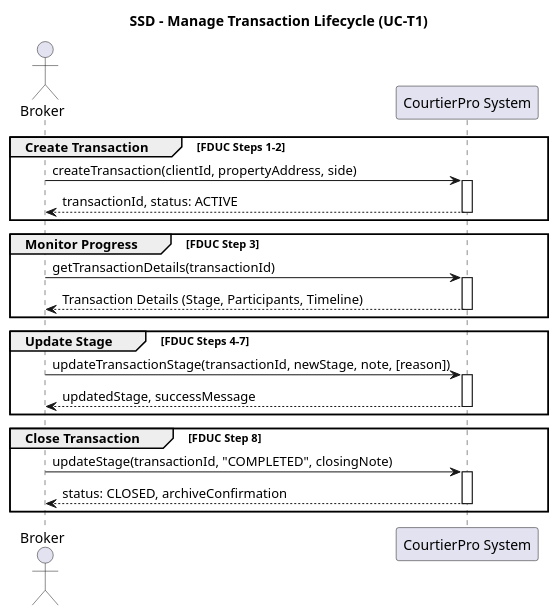
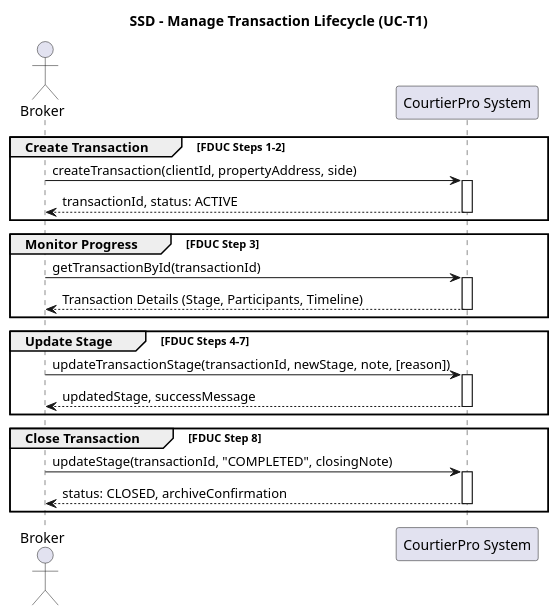
Before and after one commit to CourtierPro/CourtierPro: the diagram in docs/PersonalUseCase/Amir/SSD_ManageTransaction.puml, drawn with PlantUML. The commit also changed 7 other files, not shown here.

Commit message:
Update C4 and DDD diagrams and verify personal use cases

```diff
--- a/docs/PersonalUseCase/Amir/SSD_ManageTransaction.puml
+++ b/docs/PersonalUseCase/Amir/SSD_ManageTransaction.puml
@@ -1,33 +1,33 @@
 @startuml
 title SSD - Manage Transaction Lifecycle (UC-T1)
 actor Broker
 participant "CourtierPro System" as System
 
 group Create Transaction [FDUC Steps 1-2]
     Broker -> System: createTransaction(clientId, propertyAddress, side)
     activate System
     System --> Broker: transactionId, status: ACTIVE
     deactivate System
 end
 
 group Monitor Progress [FDUC Step 3]
-    Broker -> System: getTransactionDetails(transactionId)
+    Broker -> System: getTransactionById(transactionId)
     activate System
     System --> Broker: Transaction Details (Stage, Participants, Timeline)
     deactivate System
 end
 
 group Update Stage [FDUC Steps 4-7]
     Broker -> System: updateTransactionStage(transactionId, newStage, note, [reason])
     activate System
     System --> Broker: updatedStage, successMessage
     deactivate System
 end
 
 group Close Transaction [FDUC Step 8]
     Broker -> System: updateStage(transactionId, "COMPLETED", closingNote)
     activate System
     System --> Broker: status: CLOSED, archiveConfirmation
     deactivate System
 end
 @enduml
```
